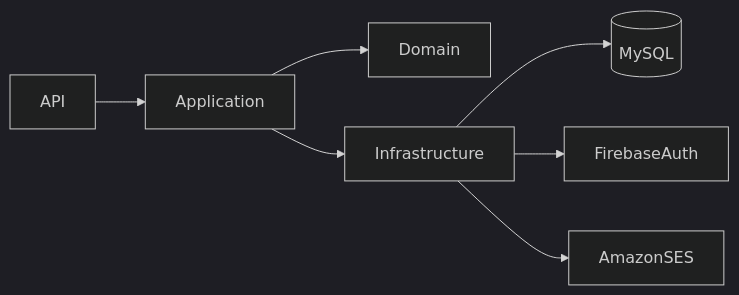
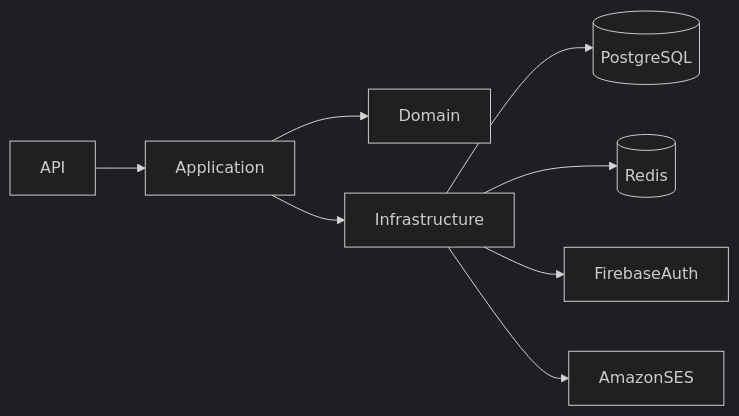
One commit to mrffilipe/idpproject changed the first of 5 diagrams in backend/PRODUCT_DOCUMENTATION.md. Above: the diagram before and after it, drawn with Mermaid (dark theme). The commit also changed other lines of this file and 227 other files, not shown here.

````diff
--- a/backend/PRODUCT_DOCUMENTATION.md
+++ b/backend/PRODUCT_DOCUMENTATION.md
@@ -161,9 +161,10 @@
 ```mermaid
 flowchart LR
     api[API] --> app[Application]
     app --> domain[Domain]
     app --> infra[Infrastructure]
-    infra --> db[(MySQL)]
+    infra --> db[(PostgreSQL)]
+    infra --> redis[(Redis)]
     infra --> firebase[FirebaseAuth]
     infra --> ses[AmazonSES]
 ```
````
